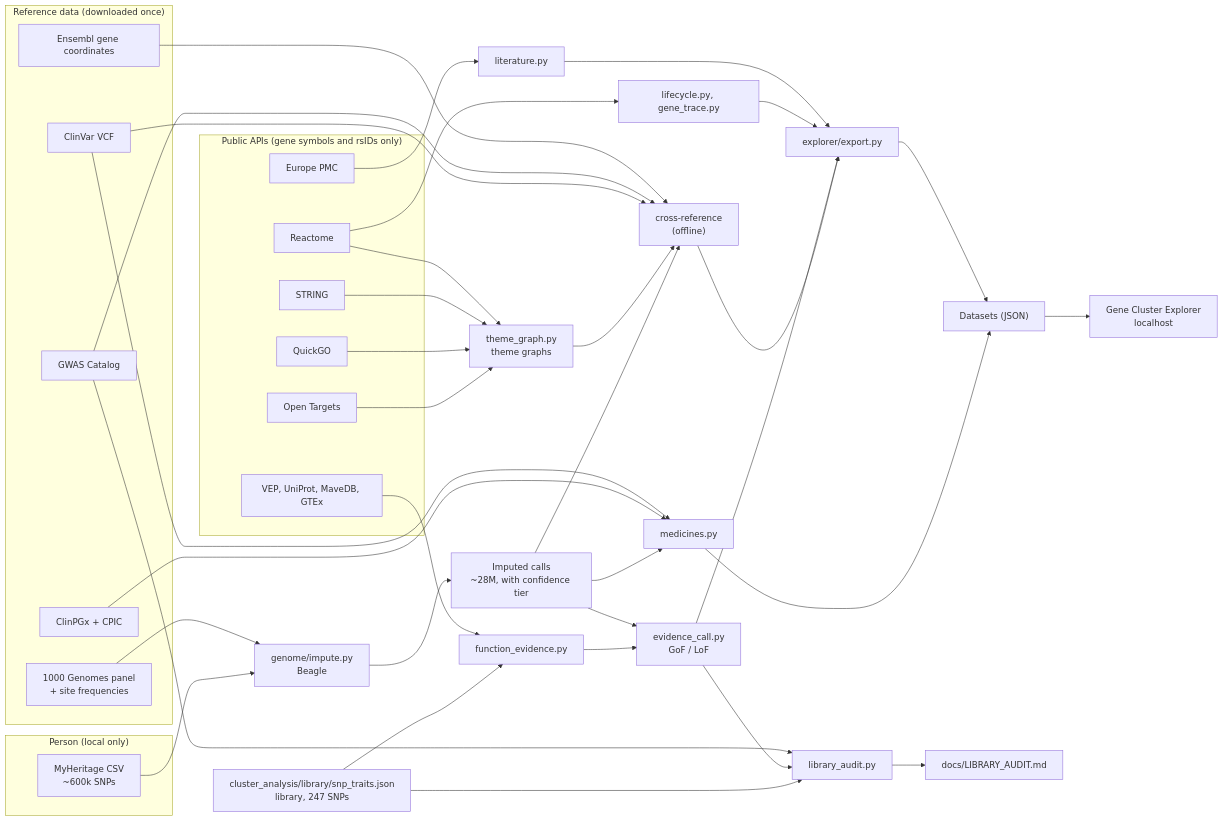
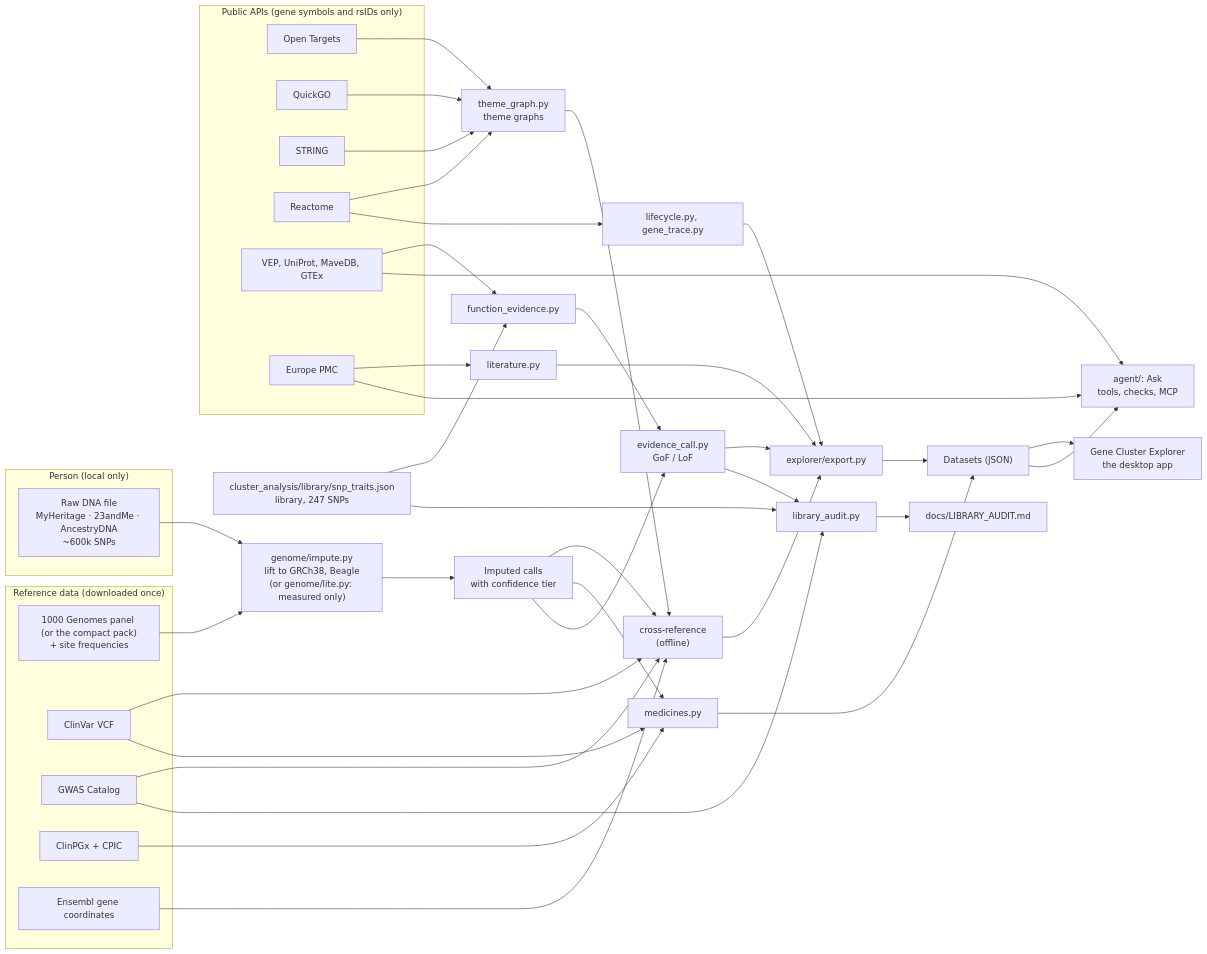
The first of 3 diagrams in docs/architecture/README.md (Lyceriuss/DNA-Analyzer), drawn with Mermaid before and after one commit. The commit also changed other lines of this file and 6 other files, not shown here.

First line of the commit message:
Architecture docs: current imputation, pack and lite mode; migration page removed

````diff
--- a/docs/architecture/README.md
+++ b/docs/architecture/README.md
@@ -22,49 +21,51 @@
 ```mermaid
 flowchart LR
     subgraph IN["Person (local only)"]
-        CSV["MyHeritage CSV<br/>~600k SNPs"]
+        CSV["Raw DNA file<br/>MyHeritage · 23andMe · AncestryDNA<br/>~600k SNPs"]
     end
     subgraph REF["Reference data (downloaded once)"]
-        KG["1000 Genomes panel<br/>+ site frequencies"]
+        KG["1000 Genomes panel (or the compact pack)<br/>+ site frequencies"]
         CV["ClinVar VCF"]
         GW["GWAS Catalog"]
         PGX["ClinPGx + CPIC"]
         GTF["Ensembl gene coordinates"]
     end
     subgraph API["Public APIs (gene symbols and rsIDs only)"]
         OT["Open Targets"]
         GO["QuickGO"]
         ST["STRING"]
         RX["Reactome"]
         EV["VEP, UniProt, MaveDB, GTEx"]
         LIT["Europe PMC"]
     end
     LIB["cluster_analysis/library/snp_traits.json<br/>library, 247 SNPs"]
 
-    CSV --> IMP["genome/impute.py<br/>Beagle"]
+    CSV --> IMP["genome/impute.py<br/>lift to GRCh38, Beagle<br/>(or genome/lite.py: measured only)"]
     KG --> IMP
-    IMP --> CALLS["Imputed calls<br/>~28M, with confidence tier"]
+    IMP --> CALLS["Imputed calls<br/>with confidence tier"]
 
     OT & GO & ST & RX --> TG["theme_graph.py<br/>theme graphs"]
     LIB --> FE["function_evidence.py"]
     EV --> FE
     FE --> EC["evidence_call.py<br/>GoF / LoF"]
     RX --> LC["lifecycle.py, gene_trace.py"]
     LIT --> LITPY["literature.py"]
 
     CALLS --> XR["cross-reference<br/>(offline)"]
     TG --> XR
     CV & GW & GTF --> XR
     CALLS --> MED["medicines.py"]
     PGX & CV --> MED
     CALLS --> EC
 
     XR & EC & LC & LITPY --> EXP["explorer/export.py"]
     MED --> DS
     EXP --> DS["Datasets (JSON)"]
-    DS --> UI["Gene Cluster Explorer<br/>localhost"]
+    DS --> UI["Gene Cluster Explorer<br/>the desktop app"]
+    DS --> ASK["agent/: Ask<br/>tools, checks, MCP"]
+    LIT & EV --> ASK
     LIB --> AUD["library_audit.py"]
     EC --> AUD
     GW --> AUD
     AUD --> DOC["docs/LIBRARY_AUDIT.md"]
 ```
````
